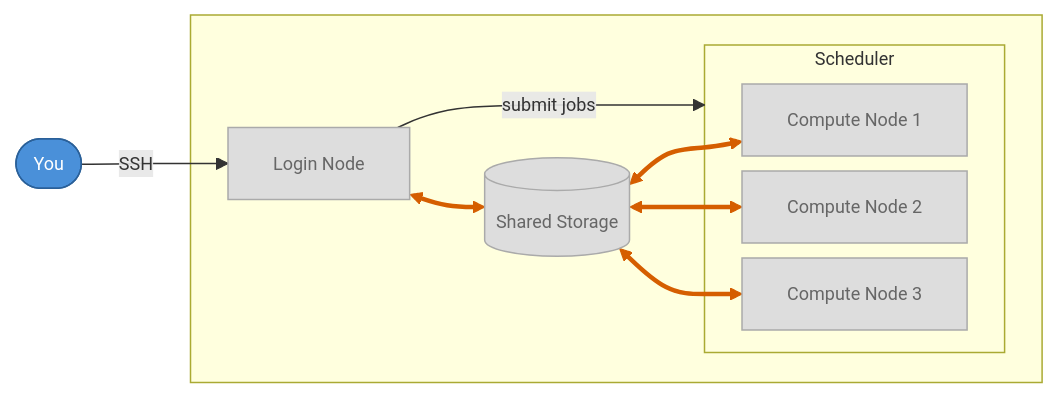
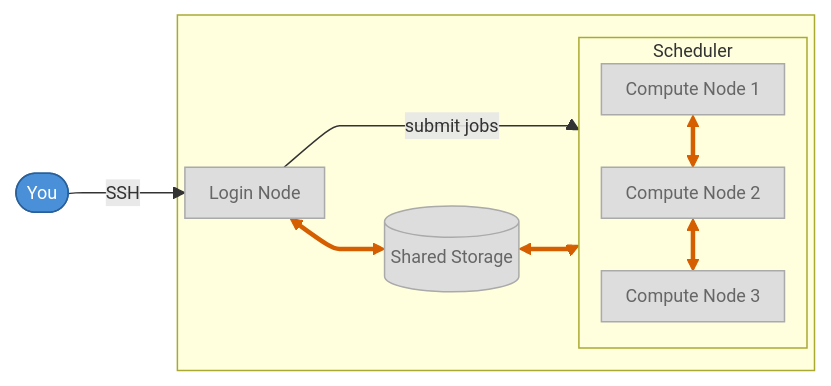
Before and after one commit to OxfordRSE/training-slides-core: the fourth of 6 diagrams in common/courses/hpc/main.md, drawn with Mermaid. The commit also changed other lines of this file, not shown here.

Commit message:
Redraw HPC components diagram with network between nodes

````diff
--- a/common/courses/hpc/main.md
+++ b/common/courses/hpc/main.md
@@ -191,28 +203,33 @@
 ```mermaid
 ---
 config:
   flowchart:
     nodeSpacing: 10
+    rankSpacing: 10
+    padding: 8
   themeVariables:
     fontSize: 12px
 ---
 flowchart LR
-    You([You]):::local -- SSH --> Login[Login Node]:::dim
+    You([You]):::local -- SSH ------> Login[Login Node]:::dim
 
     subgraph Cluster[" "]
-        Login <--> Storage[(Shared  Storage)]:::dim
+        Login <-----> Storage[(Shared  Storage)]:::dim
         Login -->|submit jobs| Sched
 
         subgraph Sched[Scheduler]
+            direction TB
             C1[Compute Node 1]:::dim
             C2[Compute Node 2]:::dim
             C3[Compute Node 3]:::dim
+            C1 <--> C2 <--> C3
         end
 
-        Storage <--> C1 & C2 & C3
+        Storage <-----> Sched
     end
 
     classDef local fill:#4a90d9,stroke:#2a6099,color:#fff
     classDef dim fill:#ddd,stroke:#aaa,color:#666
+    %% 1: login-storage, 3-4: interconnects, 5: storage-scheduler
     linkStyle 1,3,4,5 stroke:#d55e00,stroke-width:3px
 ```
````
